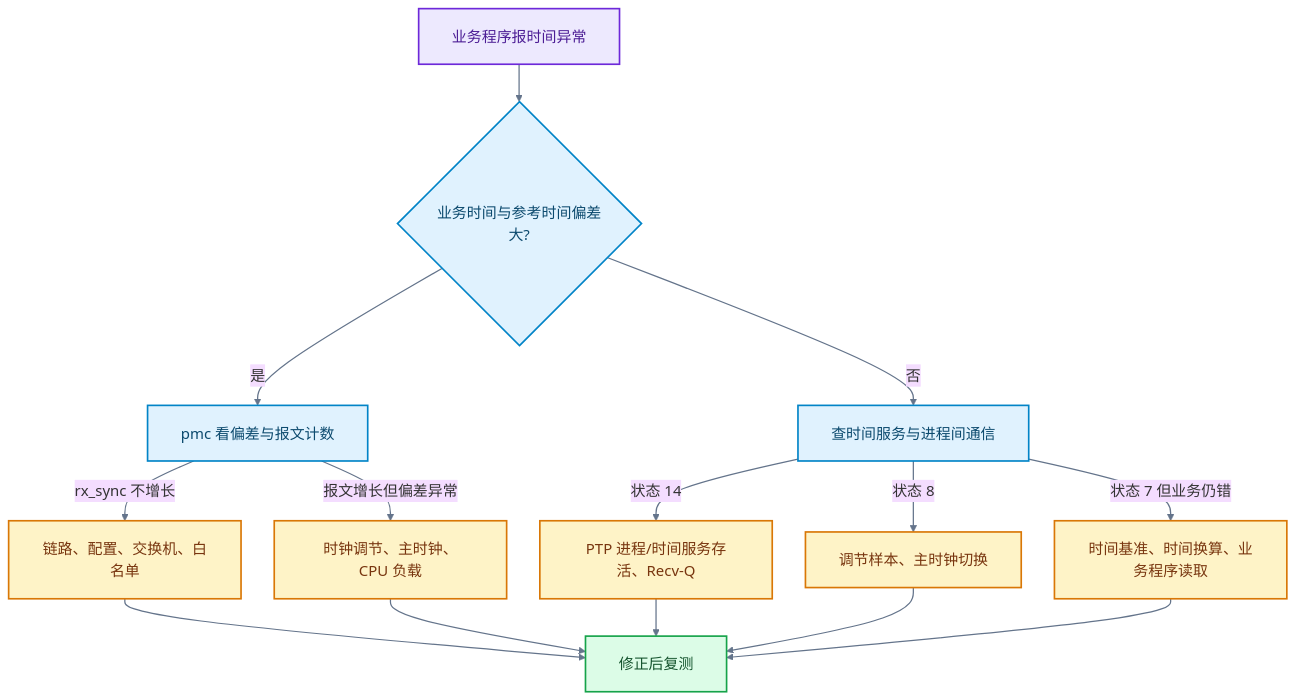
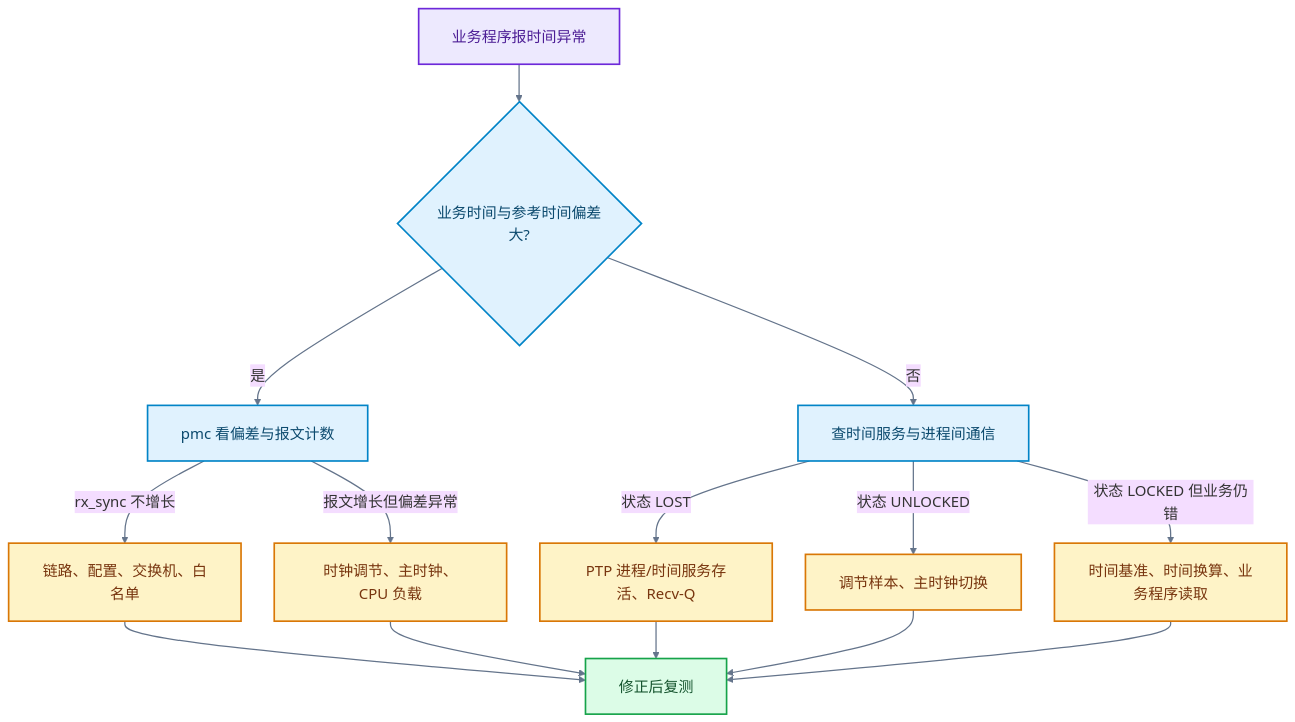
One commit to DeguiLiu/tech-notes changed the third of 5 diagrams in content/posts/performance/ptp_state_machine_field_troubleshooting.md. Above: the diagram before and after it, drawn with Mermaid. The commit also changed other lines of this file, not shown here.

Commit message:
story-docs(blog): remove internal state codes from PTP post

````diff
--- a/content/posts/performance/ptp_state_machine_field_troubleshooting.md
+++ b/content/posts/performance/ptp_state_machine_field_troubleshooting.md
@@ -230,27 +230,27 @@
 ```mermaid
 %%{init: {"theme":"base","themeVariables":{"fontFamily":"sans-serif","fontSize":"18px","lineColor":"#455A64"},"flowchart":{"htmlLabels":true,"padding":20,"nodeSpacing":40,"rankSpacing":45}}}%%
 flowchart TD
     A["业务程序报时间异常"] --> B{"业务时间与参考时间偏差大?"}
     B -->|"是"| C["pmc 看偏差与报文计数"]
     B -->|"否"| D["查时间服务与进程间通信"]
     C -->|"rx_sync 不增长"| E["链路、配置、交换机、白名单"]
     C -->|"报文增长但偏差异常"| F["时钟调节、主时钟、CPU 负载"]
-    D -->|"状态 14"| G["PTP 进程/时间服务存活、Recv-Q"]
-    D -->|"状态 8"| H["调节样本、主时钟切换"]
-    D -->|"状态 7 但业务仍错"| I["时间基准、时间换算、业务程序读取"]
+    D -->|"状态 LOST"| G["PTP 进程/时间服务存活、Recv-Q"]
+    D -->|"状态 UNLOCKED"| H["调节样本、主时钟切换"]
+    D -->|"状态 LOCKED 但业务仍错"| I["时间基准、时间换算、业务程序读取"]
     E --> J["修正后复测"]
     F --> J
     G --> J
     H --> J
     I --> J
 
     classDef start fill:#EDE9FE,stroke:#6D28D9,stroke-width:2px,color:#4C1D95
     classDef check fill:#E0F2FE,stroke:#0284C7,stroke-width:2px,color:#0C4A6E
     classDef fix fill:#FEF3C7,stroke:#D97706,stroke-width:2px,color:#78350F
     classDef done fill:#DCFCE7,stroke:#16A34A,stroke-width:2px,color:#14532D
     class A start
     class B,C,D check
     class E,F,G,H,I fix
     class J done
     linkStyle default stroke:#64748B,stroke-width:1.5px
 ```
````
